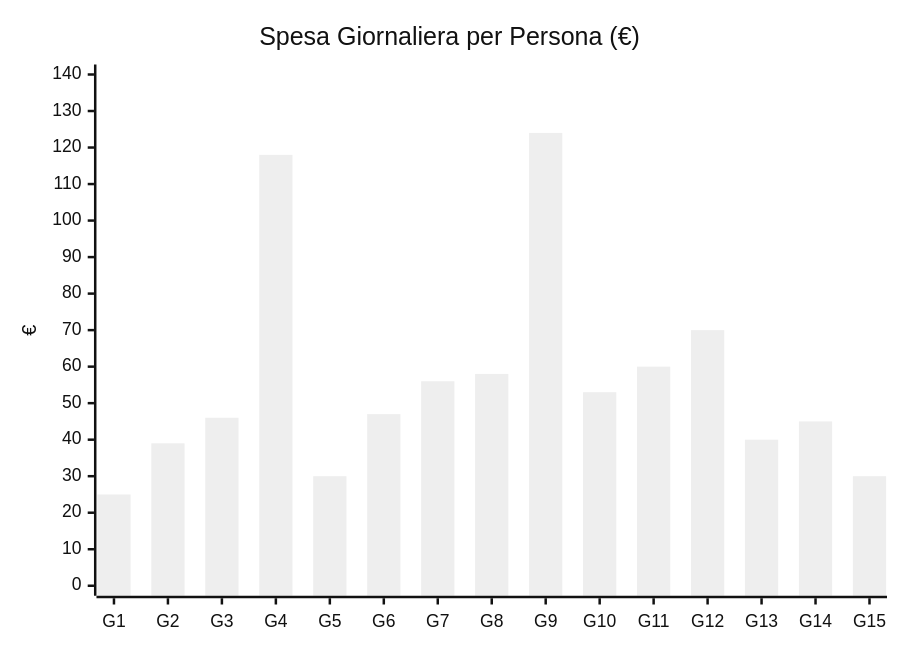
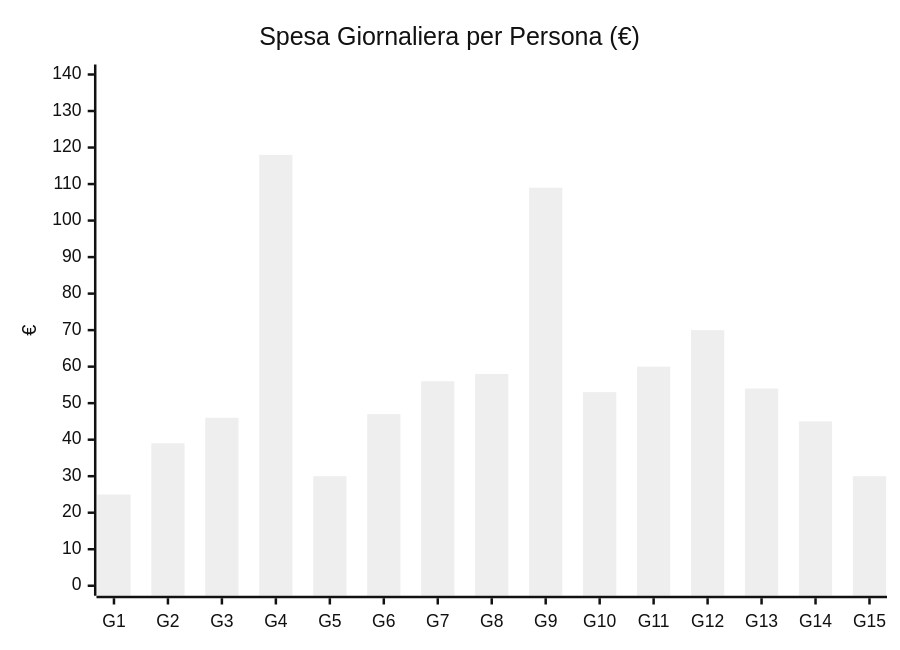
The third of 3 diagrams in Itinerari/Japan/2026/Itinerario-Giappone-23ott-6nov2026.md (LorenzoPolito/Travel-Vault), drawn with Mermaid before and after one commit. The commit also changed other lines of this file and 5 other files, not shown here.

````diff
--- a/Itinerari/Japan/2026/Itinerario-Giappone-23ott-6nov2026.md
+++ b/Itinerari/Japan/2026/Itinerario-Giappone-23ott-6nov2026.md
@@ -124,11 +124,11 @@
 ```mermaid
 ---
 config:
   theme: neutral
 ---
 xychart-beta
     title "Spesa Giornaliera per Persona (€)"
     x-axis ["G1","G2","G3","G4","G5","G6","G7","G8","G9","G10","G11","G12","G13","G14","G15"]
     y-axis "€" 0 --> 140
-    bar [25,39,46,118,30,47,56,58,124,53,60,70,40,45,30]
+    bar [25,39,46,118,30,47,56,58,109,53,60,70,54,45,30]
 ```
````
